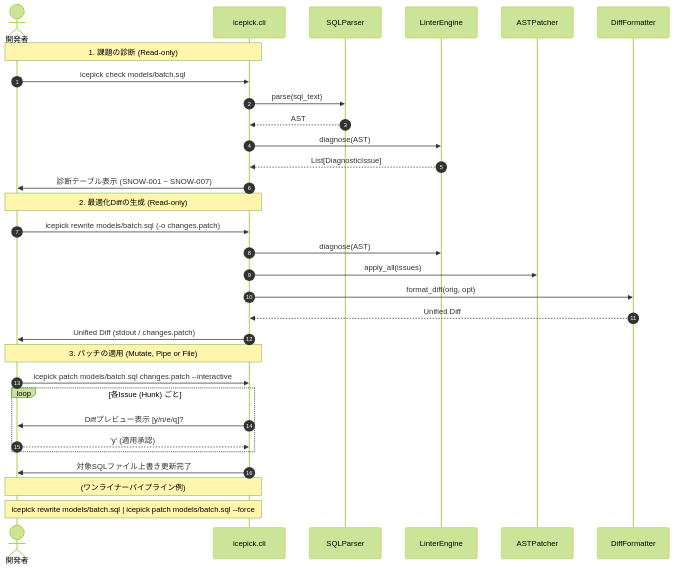
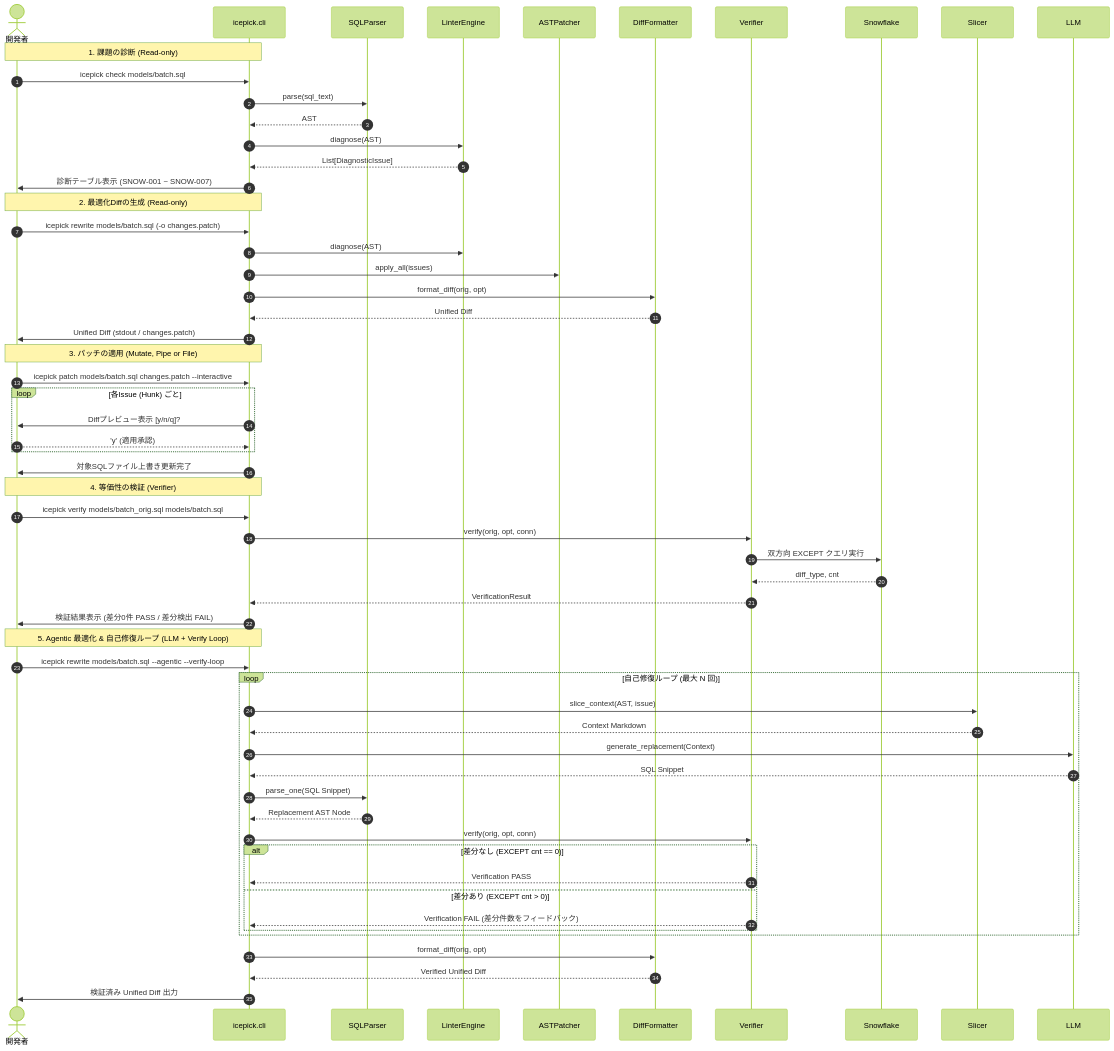
Before and after one commit to snaga/icepick: the second of 2 diagrams in doc/design.md, drawn with Mermaid (forest theme). The commit also changed other lines of this file and 1 other file, not shown here.

First line of the commit message:
docs(specs): define requirements and design for agentic rewrite and equivalence verifier

````diff
--- a/doc/design.md
+++ b/doc/design.md
@@ -215,37 +238,62 @@
 ```mermaid
 sequenceDiagram
     autonumber
     actor Dev as 開発者
     participant CLI as icepick.cli
     participant Parser as SQLParser
     participant Linter as LinterEngine
     participant Patcher as ASTPatcher
     participant Diff as DiffFormatter
 
     Note over Dev,CLI: 1. 課題の診断 (Read-only)
     Dev->>CLI: icepick check models/batch.sql
     CLI->>Parser: parse(sql_text)
     Parser-->>CLI: AST
     CLI->>Linter: diagnose(AST)
     Linter-->>CLI: List[DiagnosticIssue]
     CLI->>Dev: 診断テーブル表示 (SNOW-001 ~ SNOW-007)
 
     Note over Dev,CLI: 2. 最適化Diffの生成 (Read-only)
     Dev->>CLI: icepick rewrite models/batch.sql (-o changes.patch)
     CLI->>Linter: diagnose(AST)
     CLI->>Patcher: apply_all(issues)
     CLI->>Diff: format_diff(orig, opt)
     Diff-->>CLI: Unified Diff
     CLI->>Dev: Unified Diff (stdout / changes.patch)
 
     Note over Dev,CLI: 3. パッチの適用 (Mutate, Pipe or File)
     Dev->>CLI: icepick patch models/batch.sql changes.patch --interactive
     loop 各Issue (Hunk) ごと
-        CLI->>Dev: Diffプレビュー表示 [y/n/e/q]?
+        CLI->>Dev: Diffプレビュー表示 [y/n/q]?
         Dev-->>CLI: 'y' (適用承認)
     end
     CLI->>Dev: 対象SQLファイル上書き更新完了
 
-    Note over Dev,CLI: (ワンライナーパイプライン例)
-    Note over Dev,CLI: icepick rewrite models/batch.sql | icepick patch models/batch.sql --force
+    Note over Dev,CLI: 4. 等価性の検証 (Verifier)
+    Dev->>CLI: icepick verify models/batch_orig.sql models/batch.sql
+    CLI->>Verifier: verify(orig, opt, conn)
+    Verifier->>Snowflake: 双方向 EXCEPT クエリ実行
+    Snowflake-->>Verifier: diff_type, cnt
+    Verifier-->>CLI: VerificationResult
+    CLI->>Dev: 検証結果表示 (差分0件 PASS / 差分検出 FAIL)
+
+    Note over Dev,CLI: 5. Agentic 最適化 & 自己修復ループ (LLM + Verify Loop)
+    Dev->>CLI: icepick rewrite models/batch.sql --agentic --verify-loop
+    loop 自己修復ループ (最大 N 回)
+        CLI->>Slicer: slice_context(AST, issue)
+        Slicer-->>CLI: Context Markdown
+        CLI->>LLM: generate_replacement(Context)
+        LLM-->>CLI: SQL Snippet
+        CLI->>Parser: parse_one(SQL Snippet)
+        Parser-->>CLI: Replacement AST Node
+        CLI->>Verifier: verify(orig, opt, conn)
+        alt 差分なし (EXCEPT cnt == 0)
+            Verifier-->>CLI: Verification PASS
+        else 差分あり (EXCEPT cnt > 0)
+            Verifier-->>CLI: Verification FAIL (差分件数をフィードバック)
+        end
+    end
+    CLI->>Diff: format_diff(orig, opt)
+    Diff-->>CLI: Verified Unified Diff
+    CLI->>Dev: 検証済み Unified Diff 出力
 ```
````
